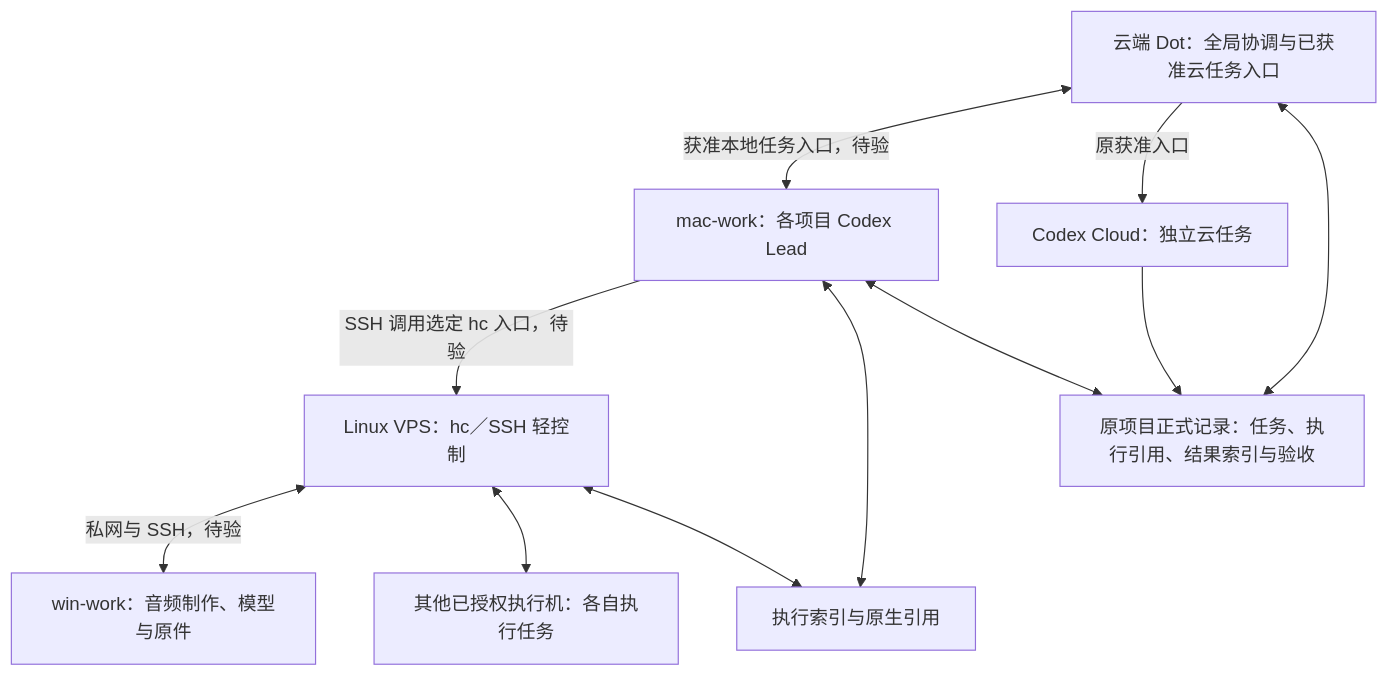
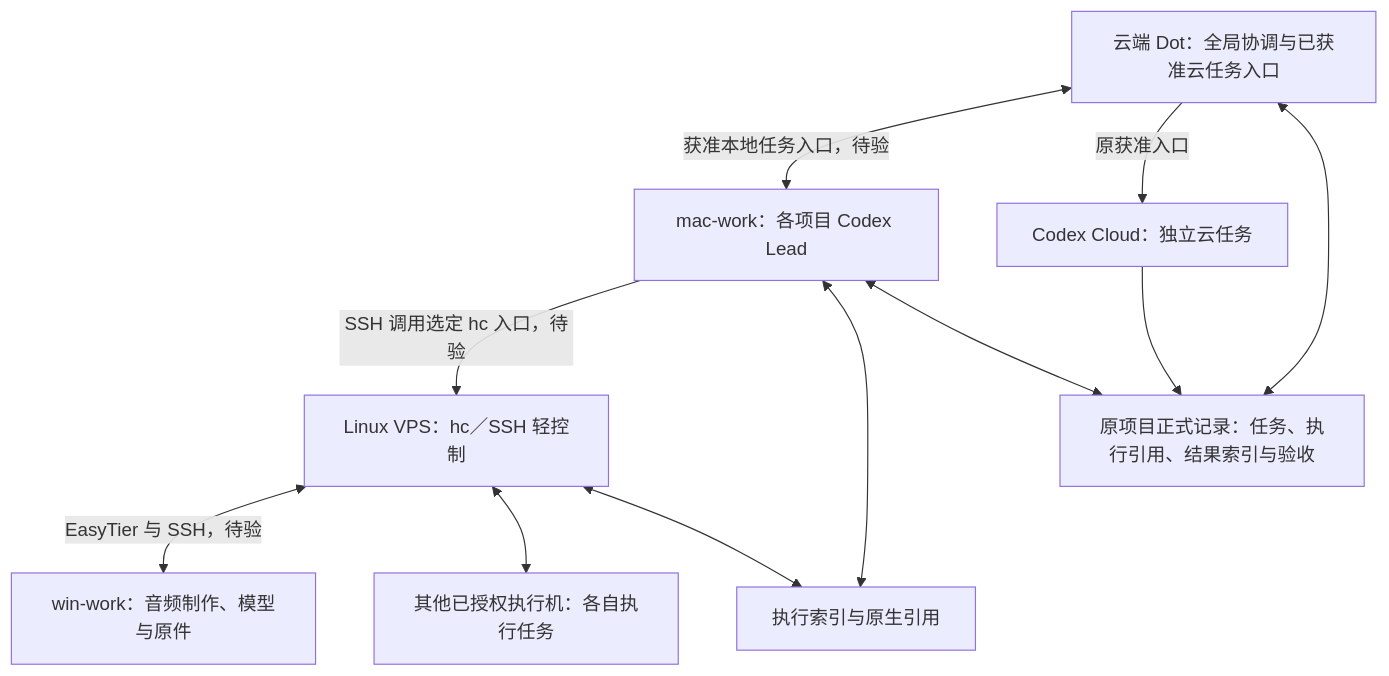
One commit to CF-FE/herdr-4-codexcloud changed the diagram in docs/vps-control-pilot.md. Above: the diagram before and after it, drawn with Mermaid. The commit also changed other lines of this file and 5 other files, not shown here.

Commit message:
Document EasyTier selection and three-machine deployment

````diff
--- a/docs/vps-control-pilot.md
+++ b/docs/vps-control-pilot.md
@@ -19,21 +19,21 @@
 ```mermaid
 flowchart TD
     D["云端 Dot：全局协调与已获准云任务入口"]
     M["mac-work：各项目 Codex Lead"]
     V["Linux VPS：hc／SSH 轻控制"]
     W["win-work：音频制作、模型与原件"]
     O["其他已授权执行机：各自执行任务"]
     C["Codex Cloud：独立云任务"]
     I["执行索引与原生引用"]
     R["原项目正式记录：任务、执行引用、结果索引与验收"]
     D <-->|"获准本地任务入口，待验"| M
     M -->|"SSH 调用选定 hc 入口，待验"| V
-    V <-->|"私网与 SSH，待验"| W
+    V <-->|"EasyTier 与 SSH，待验"| W
     V <--> O
     D -->|"原获准入口"| C
     V <--> I
     M <--> I
     M <--> R
     C --> R
     D <--> R
 ```
````
